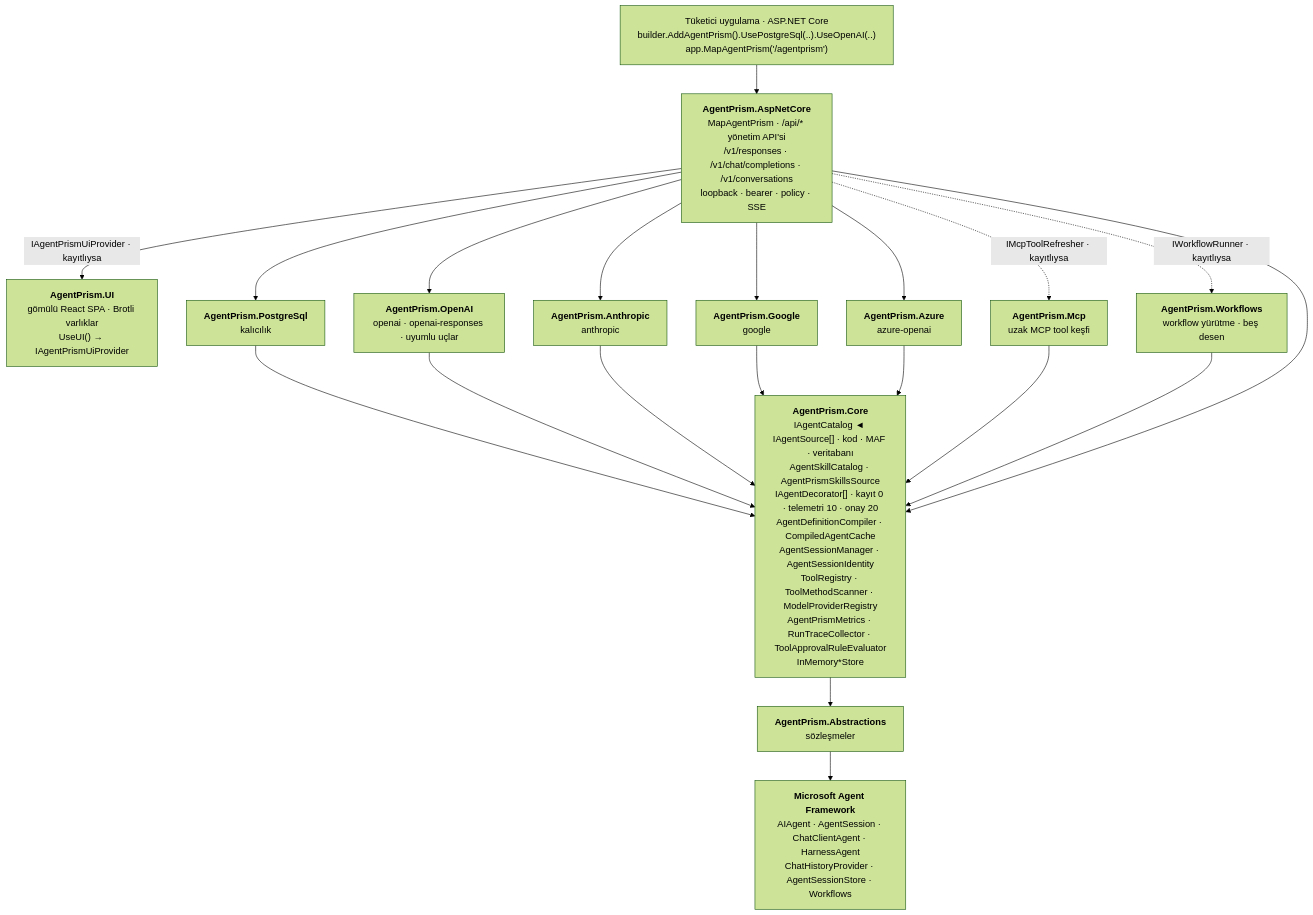
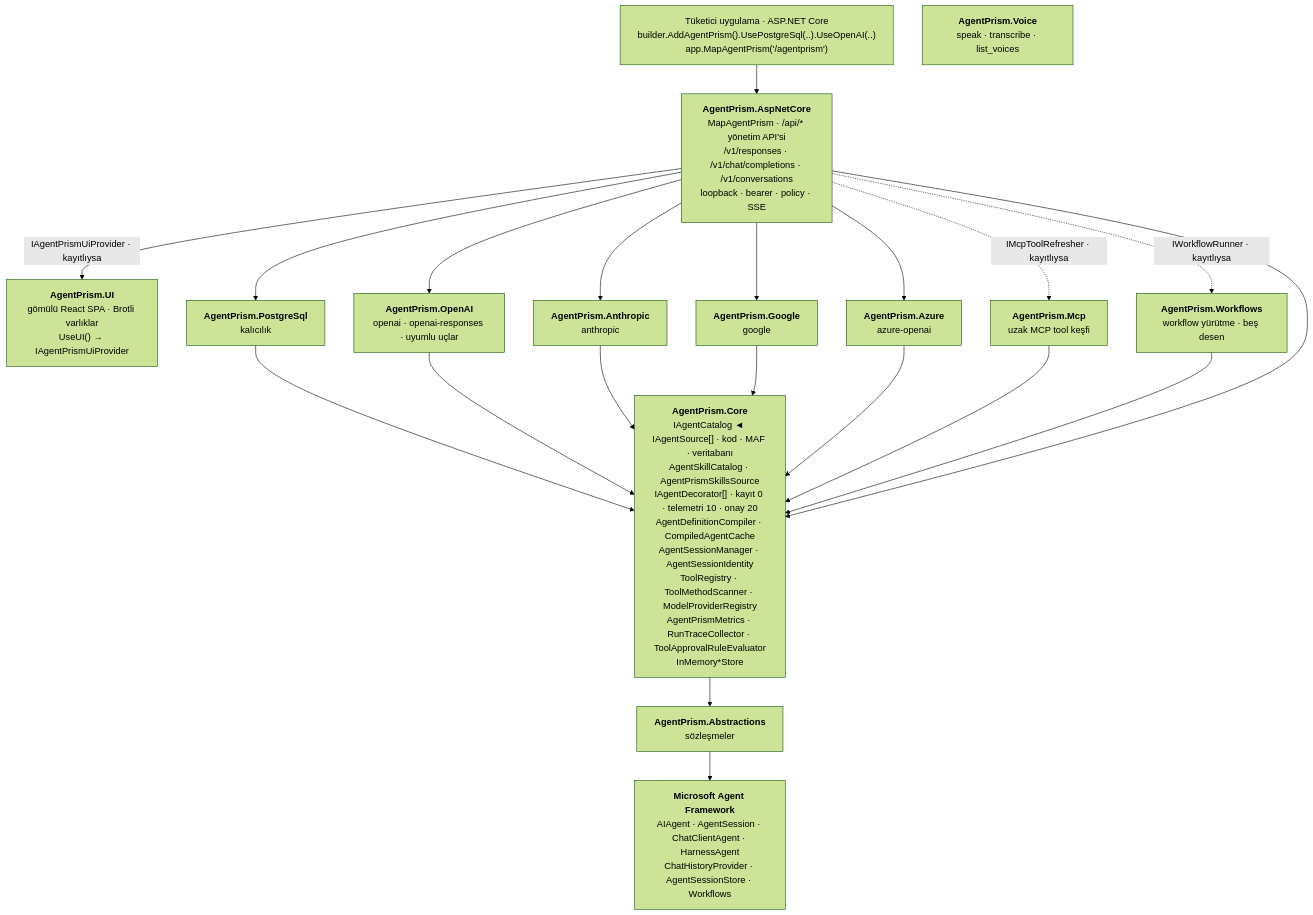
The first of 11 diagrams in docs/MIMARI.md (farukatasoy/Tracon), drawn with Mermaid (forest theme) before and after one commit. The commit also changed other lines of this file and 79 other files, not shown here.

````diff
--- a/docs/MIMARI.md
+++ b/docs/MIMARI.md
@@ -68,41 +69,42 @@
 ```mermaid
 flowchart TD
     T["Tüketici uygulama · ASP.NET Core<br/>builder.AddAgentPrism().UsePostgreSql(..).UseOpenAI(..)<br/>app.MapAgentPrism('/agentprism')"]
 
     UI["<b>AgentPrism.UI</b><br/>gömülü React SPA · Brotli varlıklar<br/>UseUI() → IAgentPrismUiProvider"]
 
     HTTP["<b>AgentPrism.AspNetCore</b><br/>MapAgentPrism · /api/* yönetim API'si<br/>/v1/responses · /v1/chat/completions · /v1/conversations<br/>loopback · bearer · policy · SSE"]
 
     PG["<b>AgentPrism.PostgreSql</b><br/>kalıcılık"]
     OA["<b>AgentPrism.OpenAI</b><br/>openai · openai-responses · uyumlu uçlar"]
     AN["<b>AgentPrism.Anthropic</b><br/>anthropic"]
     GO["<b>AgentPrism.Google</b><br/>google"]
     AZ["<b>AgentPrism.Azure</b><br/>azure-openai"]
+    VO["<b>AgentPrism.Voice</b><br/>speak · transcribe · list_voices"]
     MCP["<b>AgentPrism.Mcp</b><br/>uzak MCP tool keşfi"]
     WF["<b>AgentPrism.Workflows</b><br/>workflow yürütme · beş desen"]
 
     CORE["<b>AgentPrism.Core</b><br/>IAgentCatalog ◄ IAgentSource[] · kod · MAF · veritabanı<br/>AgentSkillCatalog · AgentPrismSkillsSource<br/>IAgentDecorator[] · kayıt 0 · telemetri 10 · onay 20<br/>AgentDefinitionCompiler · CompiledAgentCache<br/>AgentSessionManager · AgentSessionIdentity<br/>ToolRegistry · ToolMethodScanner · ModelProviderRegistry<br/>AgentPrismMetrics · RunTraceCollector · ToolApprovalRuleEvaluator<br/>InMemory*Store"]
 
     ABS["<b>AgentPrism.Abstractions</b><br/>sözleşmeler"]
 
     MAF["<b>Microsoft Agent Framework</b><br/>AIAgent · AgentSession · ChatClientAgent · HarnessAgent<br/>ChatHistoryProvider · AgentSessionStore · Workflows"]
 
     T --> HTTP
     HTTP -->|"IAgentPrismUiProvider · kayıtlıysa"| UI
     HTTP --> PG
     HTTP --> OA
     HTTP --> AN
     HTTP --> GO
     HTTP --> AZ
     HTTP -.->|"IMcpToolRefresher · kayıtlıysa"| MCP
     HTTP -.->|"IWorkflowRunner · kayıtlıysa"| WF
     PG --> CORE
     OA --> CORE
     AN --> CORE
     GO --> CORE
     AZ --> CORE
     MCP --> CORE
     WF --> CORE
     HTTP --> CORE
     CORE --> ABS --> MAF
 ```
````
